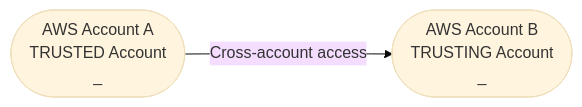
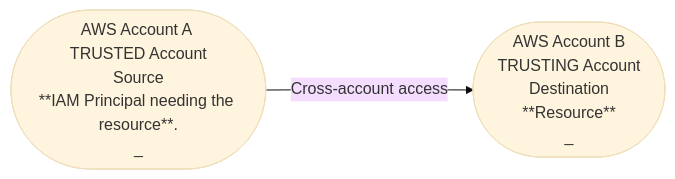
The first of 5 diagrams in Writerside/topics/Cross-Account-Access.md (maxz1985/docs), drawn with Mermaid (base theme) before and after one commit. The commit also changed other lines of this file and 2 other files, not shown here.

````diff
--- a/Writerside/topics/Cross-Account-Access.md
+++ b/Writerside/topics/Cross-Account-Access.md
@@ -4,4 +4,4 @@
 ```mermaid
 graph LR
-Account_A([AWS Account A </br>TRUSTED Account</br>_]) -->|Cross-account access| Account_B([AWS Account B </br>TRUSTING Account</br>_])
+Account_A([AWS Account A </br>TRUSTED Account</br>Source<br/>**IAM Principal needing the resource**.<br/>_]) -->|Cross-account access| Account_B([AWS Account B </br>TRUSTING Account</br>Destination<br/>**Resource**<br/>_])
 ```
````
